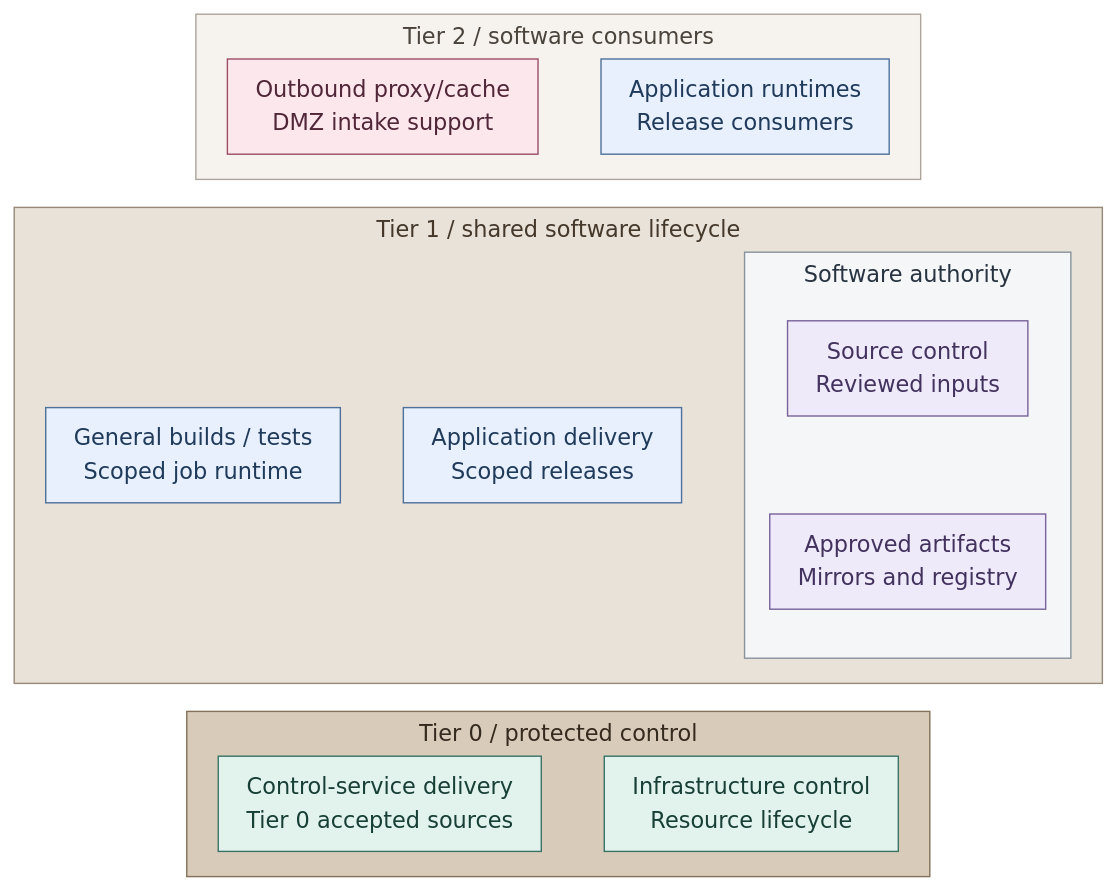
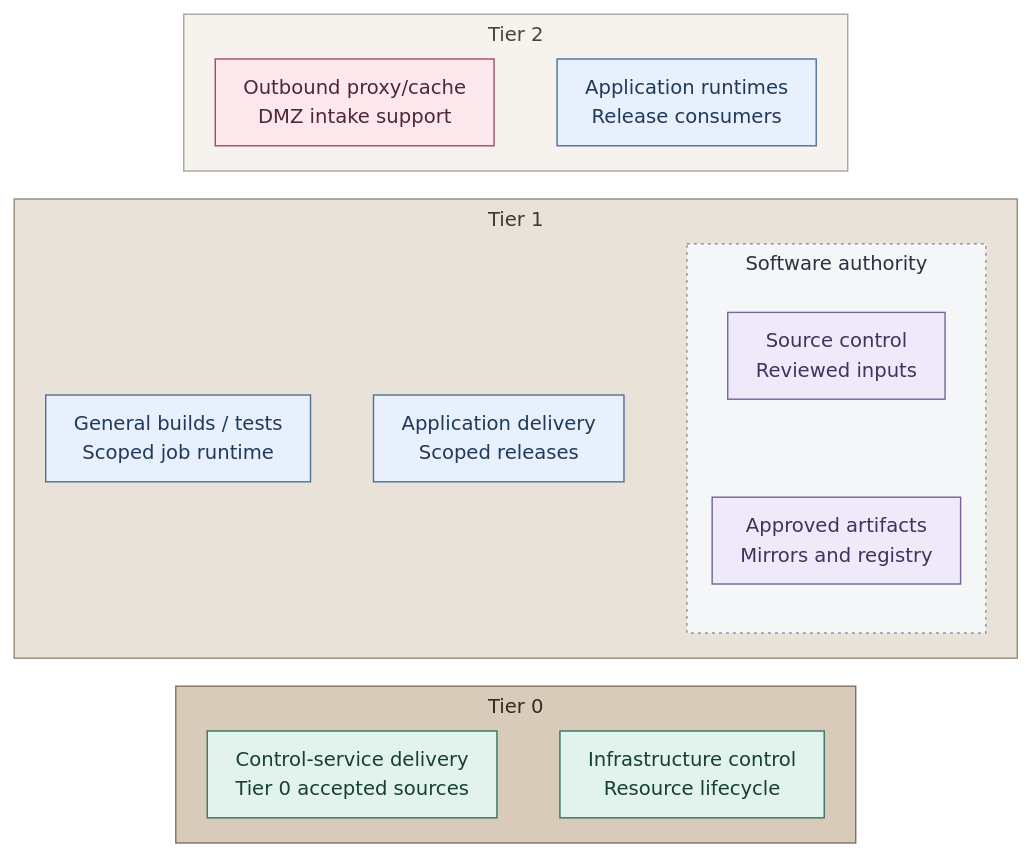
The first of 2 diagrams in docs/01-architecture/10-delivery/README.md (Rexus/homelab), drawn with Mermaid before and after one commit. The commit also changed 124 other files, not shown here.

First line of the commit message:
fix(platform): align service diagrams and directory failover

````diff
--- a/docs/01-architecture/10-delivery/README.md
+++ b/docs/01-architecture/10-delivery/README.md
@@ -22,48 +13,48 @@
 ```mermaid
-%%{init: {"theme":"base","flowchart":{"nodeSpacing":16,"rankSpacing":20,"padding":10,"subGraphTitleMargin":{"top":4,"bottom":10}},"themeVariables":{"lineColor":"#627581","edgeLabelBackground":"#f8fafc"}}}%%
+%%{init: {"theme":"base","flowchart":{"nodeSpacing":16,"rankSpacing":20,"padding":10,"subGraphTitleMargin":{"top":4,"bottom":10}},"themeVariables":{"lineColor":"#627581","edgeLabelBackground":"#f8fafc","fontFamily":"Arial, sans-serif","fontSize":"14px"},"fontFamily":"Arial, sans-serif"}}%%
 flowchart TB
-  subgraph T2["Tier 2 / software consumers"]
+  subgraph T2["Tier 2"]
     direction LR
     Cache["Outbound proxy/cache<br/>DMZ intake support"]
     Workloads["Application runtimes<br/>Release consumers"]
     Cache ~~~ Workloads
   end
-  subgraph T1["Tier 1 / shared software lifecycle"]
+  subgraph T1["Tier 1"]
     direction LR
     Build["General builds / tests<br/>Scoped job runtime"]
     Deploy["Application delivery<br/>Scoped releases"]
     subgraph Supply["Software authority"]
       direction TB
       Source["Source control<br/>Reviewed inputs"]
       Artifacts["Approved artifacts<br/>Mirrors and registry"]
       Source ~~~ Artifacts
     end
     Build ~~~ Deploy ~~~ Supply
   end
-  subgraph T0["Tier 0 / protected control"]
+  subgraph T0["Tier 0"]
     direction LR
     ControlDelivery["Control-service delivery<br/>Tier 0 accepted sources"]
     Hosting["Infrastructure control<br/>Resource lifecycle"]
     ControlDelivery ~~~ Hosting
   end
   T2 ~~~ T1 ~~~ T0
   classDef default fill:#f8fafc,stroke:#64748b,color:#1f2937
   classDef services fill:#e7f0fc,stroke:#4d719b,color:#203a5b
   classDef edge fill:#fce8ec,stroke:#9b4d67,color:#502638
   classDef control fill:#e2f3ed,stroke:#397366,color:#173f36
   classDef data fill:#eeeafa,stroke:#78639b,color:#42325d
-  classDef replicas fill:#f5f6f7,stroke:#89939e,color:#273340,stroke-dasharray:5 4
+  classDef replicas fill:#f5f6f7,stroke:#89939e,color:#273340,stroke-dasharray:2 3
   class Workloads,Deploy services
   class Cache edge
   class Build services
   class Source,Artifacts data
-  classDef group fill:#f5f6f7,stroke:#89939e,color:#273340
+  classDef group fill:#f5f6f7,stroke:#89939e,color:#273340,stroke-dasharray:2 3
   class Supply group
   class ControlDelivery,Hosting control
   classDef tier0 fill:#d8cbb9,stroke:#83715a,color:#352a1e
   class T0 tier0
   classDef tier1 fill:#e9e2d8,stroke:#968976,color:#44382a
   class T1 tier1
   classDef tier2 fill:#f6f3ef,stroke:#aca59b,color:#4b443c
   class T2 tier2
 ```
````
